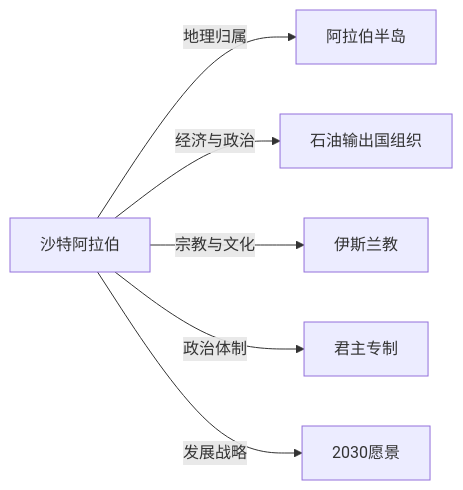
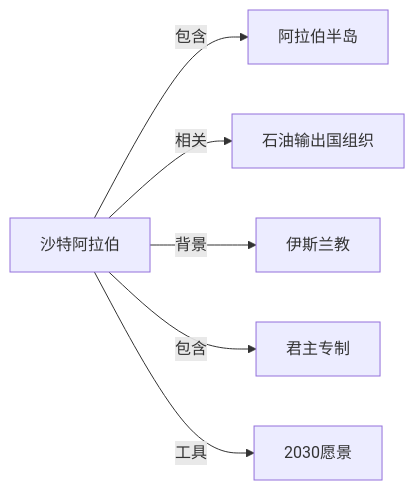
One commit to KIMMCHOW/MyKnowledge changed the diagram in Knowledge/Concepts/地理/沙特阿拉伯.md. Above: the diagram before and after it, drawn with Mermaid. The commit also changed 95 other files, not shown here.

Commit message:
reorganize: 统一关系图边标签为11类

````diff
--- a/Knowledge/Concepts/地理/沙特阿拉伯.md
+++ b/Knowledge/Concepts/地理/沙特阿拉伯.md
@@ -47,8 +47,8 @@
 ```mermaid
 graph LR
-沙特阿拉伯 -->|地理归属| 阿拉伯半岛
-沙特阿拉伯 -->|经济与政治| 石油输出国组织
-沙特阿拉伯 -->|宗教与文化| 伊斯兰教
-沙特阿拉伯 -->|政治体制| 君主专制
-沙特阿拉伯 -->|发展战略| 2030愿景
+沙特阿拉伯 -->|包含| 阿拉伯半岛
+沙特阿拉伯 -->|相关| 石油输出国组织
+沙特阿拉伯 -->|背景| 伊斯兰教
+沙特阿拉伯 -->|包含| 君主专制
+沙特阿拉伯 -->|工具| 2030愿景
 ```
````
